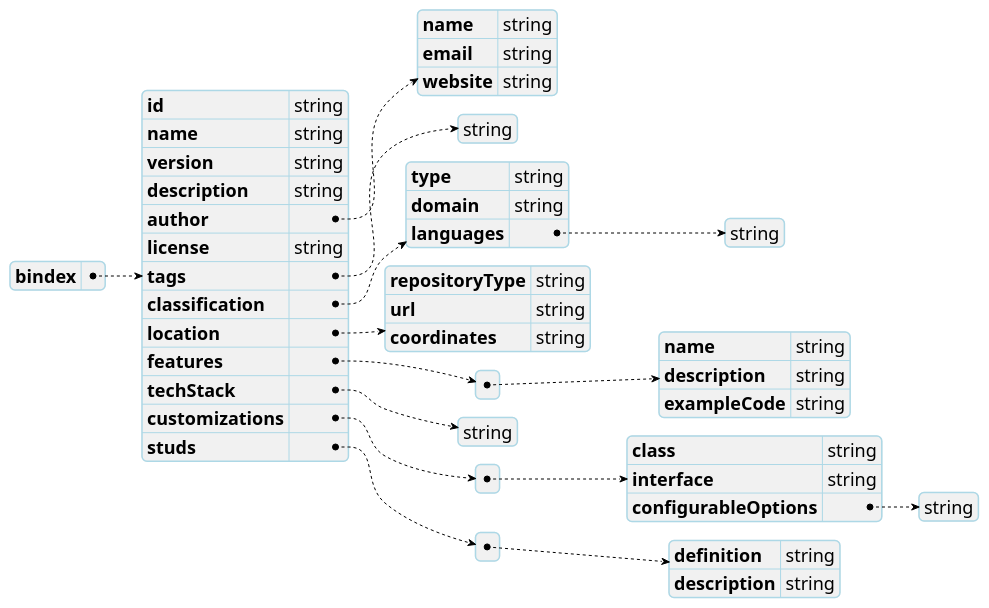
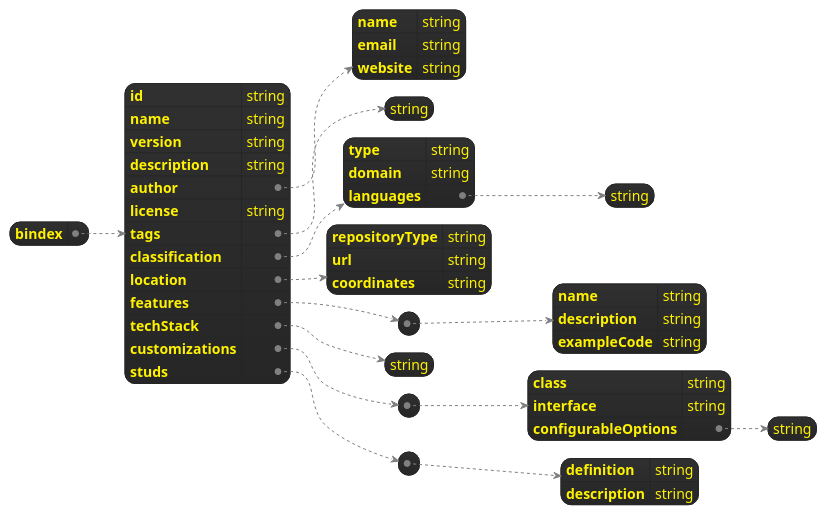
Before and after one commit to machanism-org/machai: the diagram in src/site/puml/bindex-schema.puml, drawn with PlantUML. The commit also changed 6 other files, not shown here.

```diff
--- a/src/site/puml/bindex-schema.puml
+++ b/src/site/puml/bindex-schema.puml
@@ -1,57 +1,58 @@
 @startjson
+!theme black-knight
 <style>
 jsonDiagram {
-  node {
-    LineColor: lightblue
-    FontColor: black
-    FontSize: 18
+  arrow {
+    BackgroundColor: white
+    LineColor: gray
+    FontColor: black 
   }
 }
 </style>
 {
   "bindex": {
     "id": "string",
     "name": "string",
     "version": "string",
     "description": "string", 
     "author": {
       "name": "string",
       "email": "string",
       "website": "string"
     },
     "license": "string",
     "tags": ["string"],
     "classification": {
       "type": "string",
       "domain": "string",
       "languages": ["string"]
     },
     "location": {
       "repositoryType": "string",
       "url": "string",
       "coordinates": "string"
     },
     "features": [
       {
         "name": "string",
         "description": "string",
         "exampleCode": "string"
       }
     ],
     "techStack": ["string"],
     "customizations": [
       {
         "class": "string",
         "interface": "string",
         "configurableOptions": ["string"]
       }
     ],
     "studs": [
       {
         "definition": "string",
         "description": "string"
       }
     ]
   }
 }
 @endjson
```
